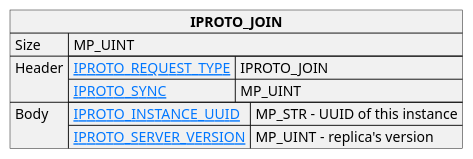
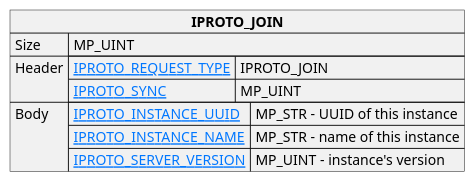
The diagram in doc/reference/internals/iproto/images/repl_join_request.puml (georgiy-belyanin/doc), drawn with PlantUML before and after one commit. The commit also changed 10 other files, not shown here.

```diff
--- a/doc/reference/internals/iproto/images/repl_join_request.puml
+++ b/doc/reference/internals/iproto/images/repl_join_request.puml
@@ -1,22 +1,23 @@
 @startuml
 
 skinparam {
     HyperlinkColor #0077FF
     FontColor #313131
     BorderColor #313131
     BackgroundColor transparent
 }
 
 json "**IPROTO_JOIN**" as join_request {
     "Size": "MP_UINT",
     "Header": {
       "[[https://tarantool.io/en/doc/latest/reference/internals/iproto/keys IPROTO_REQUEST_TYPE]]": "IPROTO_JOIN",
       "[[https://tarantool.io/en/doc/latest/reference/internals/iproto/keys IPROTO_SYNC]]": "MP_UINT"
     },
     "Body": {
       "[[https://tarantool.io/en/doc/latest/reference/internals/iproto/keys IPROTO_INSTANCE_UUID]]": "MP_STR – UUID of this instance",
-      "[[https://tarantool.io/en/doc/latest/reference/internals/iproto/keys IPROTO_SERVER_VERSION]]": "MP_UINT – replica's version"
+      "[[https://tarantool.io/en/doc/latest/reference/internals/iproto/keys IPROTO_INSTANCE_NAME]]": "MP_STR - name of this instance",
+      "[[https://tarantool.io/en/doc/latest/reference/internals/iproto/keys IPROTO_SERVER_VERSION]]": "MP_UINT – instance's version"
     }
 }
 
 @enduml
```
